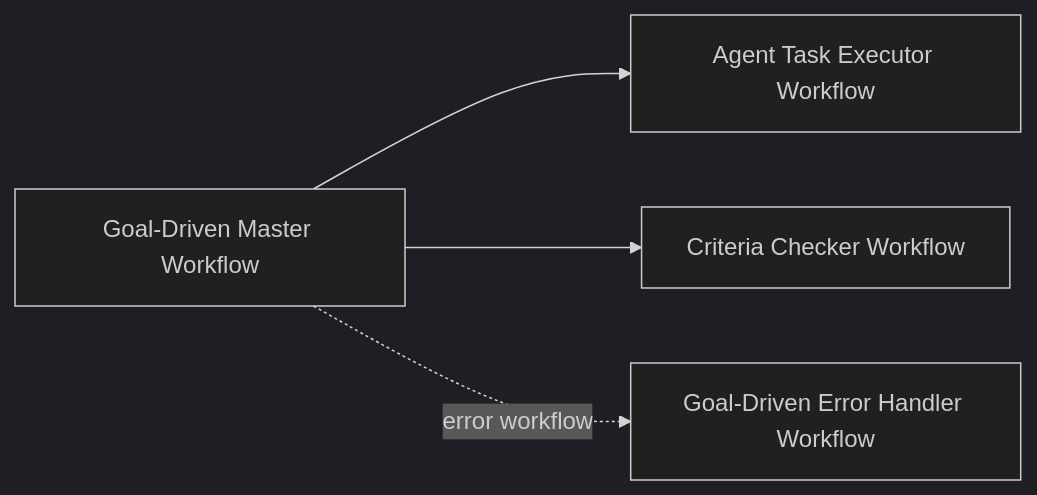
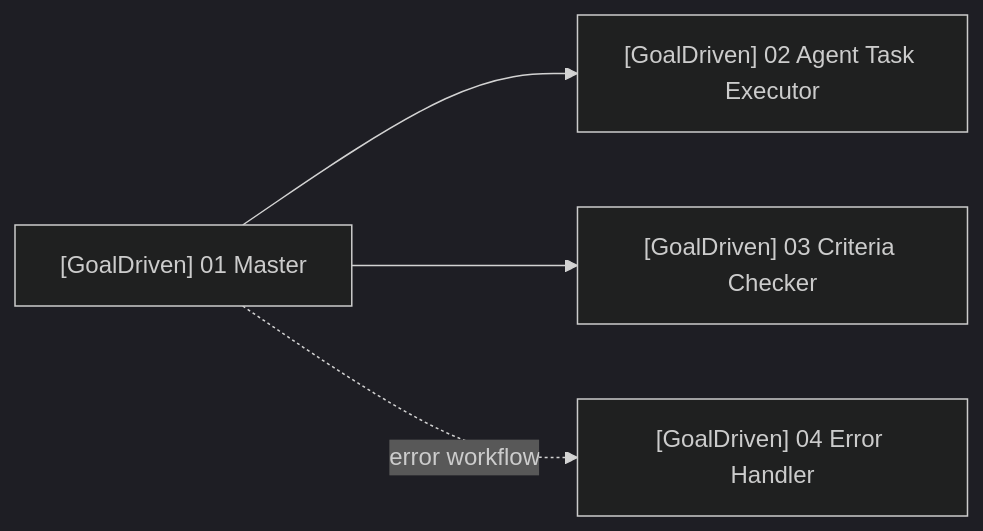
One commit to fangwendongcs/Auto-agent-factory changed the diagram in docs/IMPORT_ORDER.md. Above: the diagram before and after it, drawn with Mermaid (dark theme). The commit also changed other lines of this file and 12 other files, not shown here.

````diff
--- a/docs/IMPORT_ORDER.md
+++ b/docs/IMPORT_ORDER.md
@@ -36,6 +36,6 @@
 ```mermaid
 flowchart LR
-    Master["Goal-Driven Master Workflow"] --> Executor["Agent Task Executor Workflow"]
-    Master --> Checker["Criteria Checker Workflow"]
-    Master -. error workflow .-> ErrorHandler["Goal-Driven Error Handler Workflow"]
+    Master["[GoalDriven] 01 Master"] --> Executor["[GoalDriven] 02 Agent Task Executor"]
+    Master --> Checker["[GoalDriven] 03 Criteria Checker"]
+    Master -. error workflow .-> ErrorHandler["[GoalDriven] 04 Error Handler"]
 ```
````
